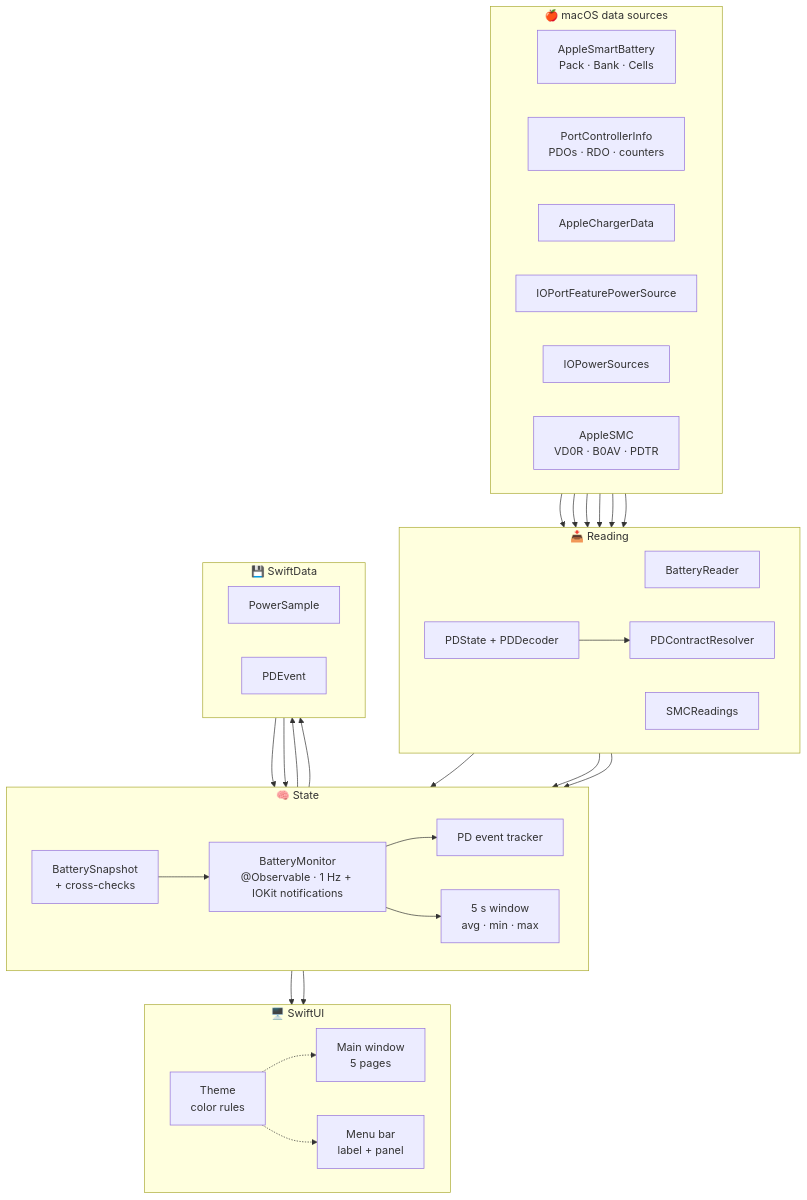
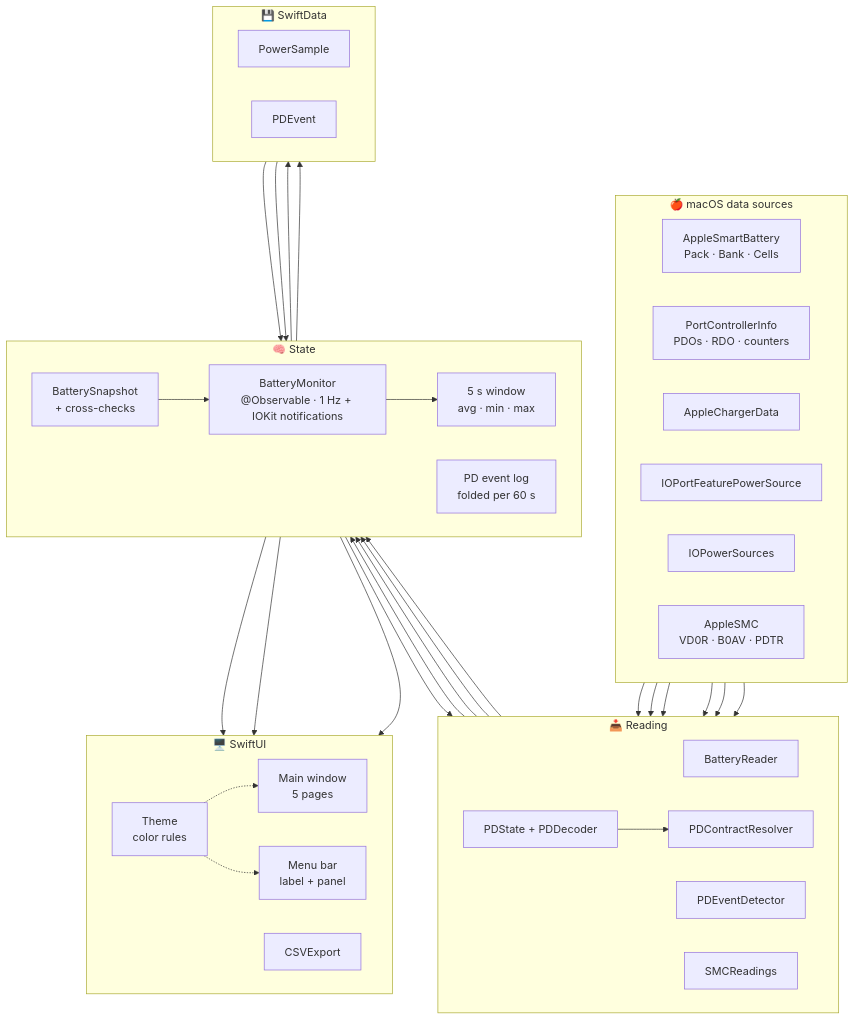
Before and after one commit to AndyUneducated/PowerScope: the diagram in README.md, drawn with Mermaid. The commit also changed other lines of this file and 8 other files, not shown here.

````diff
--- a/README.md
+++ b/README.md
@@ -68,61 +73,64 @@
 ```mermaid
 flowchart TB
     subgraph Sources["🍎 macOS data sources"]
         direction LR
         B["AppleSmartBattery<br/>Pack · Bank · Cells"]
         PC["PortControllerInfo<br/>PDOs · RDO · counters"]
         CH["AppleChargerData"]
         PS["IOPortFeaturePowerSource"]
         IOPS["IOPowerSources"]
         SMC["AppleSMC<br/>VD0R · B0AV · PDTR"]
     end
 
     subgraph Read["📥 Reading"]
         direction LR
         BR["BatteryReader"]
         PD["PDState + PDDecoder"]
         RES["PDContractResolver"]
+        DET["PDEventDetector"]
         SR["SMCReadings"]
     end
 
     subgraph Core["🧠 State"]
         direction LR
         SNAP["BatterySnapshot<br/>+ cross-checks"]
         MON["BatteryMonitor<br/>@Observable · 1 Hz + IOKit notifications"]
-        EV["PD event tracker"]
+        EV["PD event log<br/>folded per 60 s"]
         WIN["5 s window<br/>avg · min · max"]
     end
 
     subgraph Store["💾 SwiftData"]
         direction LR
         PSM["PowerSample"]
         PDE["PDEvent"]
     end
 
     subgraph UI["🖥️ SwiftUI"]
         direction LR
         MAIN["Main window<br/>5 pages"]
         MB["Menu bar<br/>label + panel"]
         TH["Theme<br/>color rules"]
+        CSV["CSVExport"]
     end
 
     B --> BR
     CH --> BR
     IOPS --> BR
     PC --> PD
     PS --> PD
     SMC --> SR
     PD --> RES
     BR --> SNAP
     RES --> SNAP
     SR --> SNAP
     SNAP --> MON
-    MON --> EV --> PDE
+    MON --> DET --> EV --> PDE
     MON --> WIN --> PSM
     PSM --> MON
     PDE --> MON
     MON --> MAIN
     MON --> MB
     TH -.-> MAIN
     TH -.-> MB
+    MON --> CSV
 ```
````
